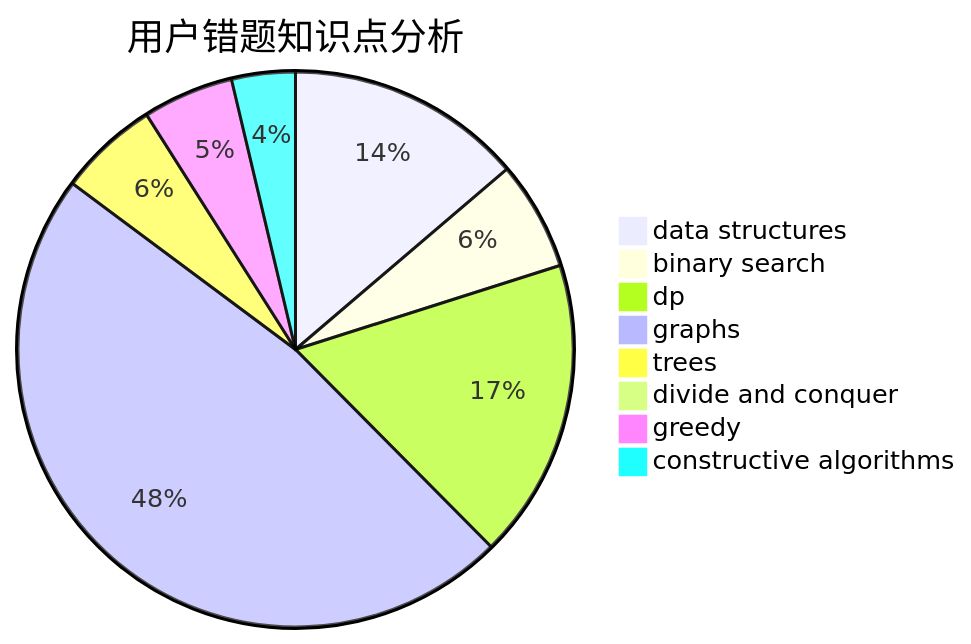
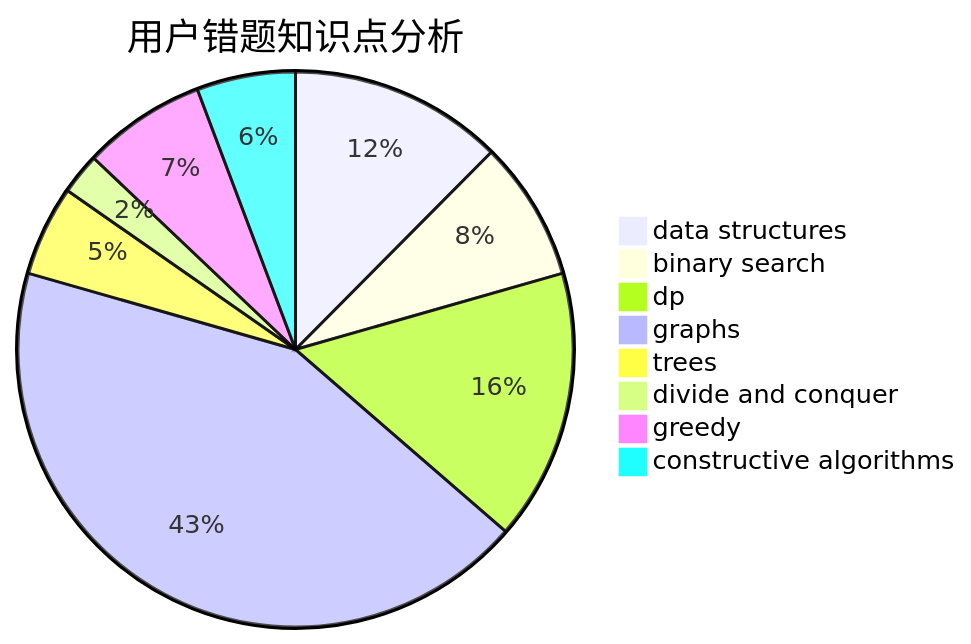
The third of 3 diagrams in docs/user/u1114.md (sherpahu/cfrs.github.io), drawn with Mermaid before and after one commit. The commit also changed other lines of this file and 2770 other files, not shown here.

````diff
--- a/docs/user/u1114.md
+++ b/docs/user/u1114.md
@@ -36,11 +36,11 @@
 ```mermaid
 pie title 用户错题知识点分析
     "data structures" :  26
-    "binary search" :  12
+    "binary search" :  17
     "dp" :  33
     "graphs" :  90
     "trees" :  11
-    "divide and conquer" :  0
-    "greedy" :  10
-    "constructive algorithms" :  7
+    "divide and conquer" :  5
+    "greedy" :  15
+    "constructive algorithms" :  12
 ```
````
